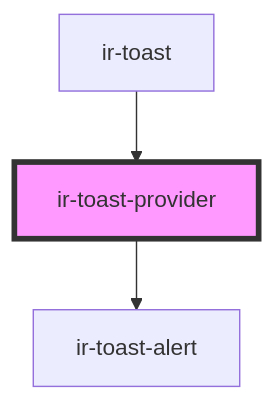
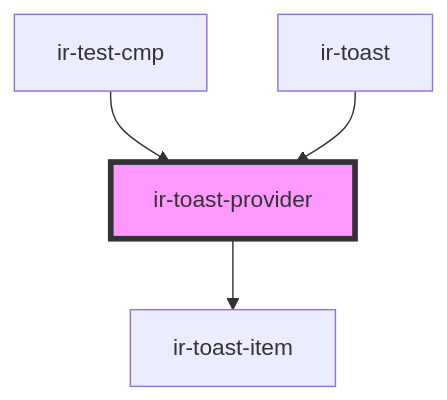
The diagram in src/components/ir-toast-provider/readme.md (RonyRizk/ir-webcmp), drawn with Mermaid before and after one commit. The commit also changed other lines of this file and 508 other files, not shown here.

````diff
--- a/src/components/ir-toast-provider/readme.md
+++ b/src/components/ir-toast-provider/readme.md
@@ -73,6 +81,7 @@
 ```mermaid
 graph TD;
-  ir-toast-provider --> ir-toast-alert
+  ir-toast-provider --> ir-toast-item
+  ir-test-cmp --> ir-toast-provider
   ir-toast --> ir-toast-provider
   style ir-toast-provider fill:#f9f,stroke:#333,stroke-width:4px
 ```
````
